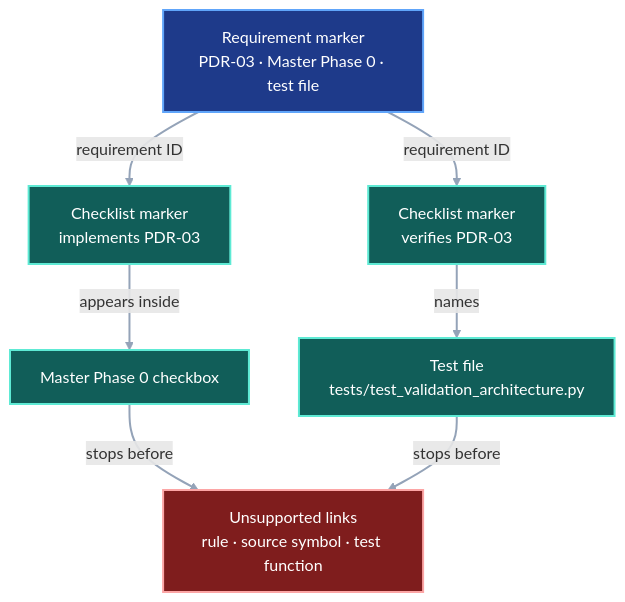
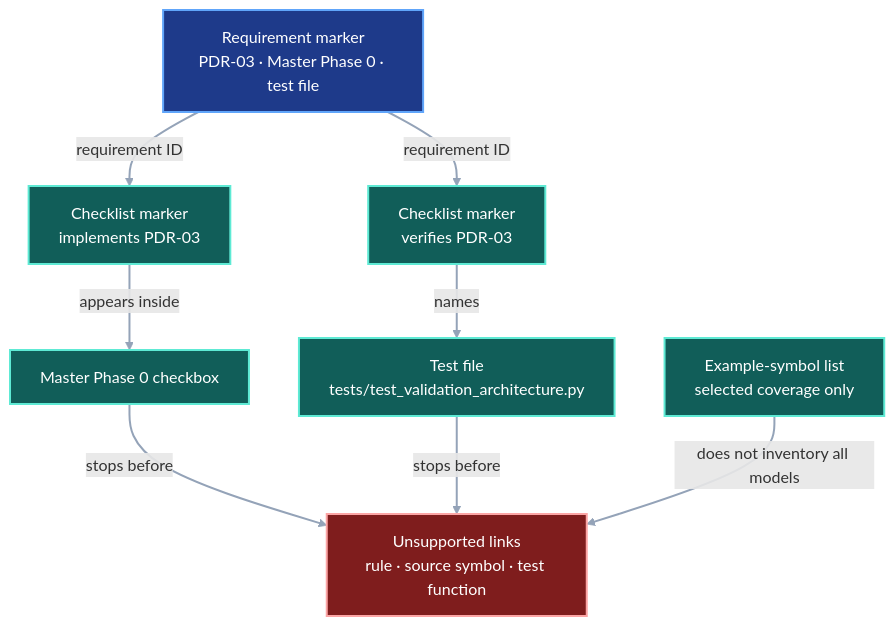
Before and after one commit to pvd232/viper: the first of 3 diagrams in docs/development/contract-traceability.md, drawn with Mermaid. The commit also changed other lines of this file and 21 other files, not shown here.

````diff
--- a/docs/development/contract-traceability.md
+++ b/docs/development/contract-traceability.md
@@ -92,24 +99,26 @@
 ```mermaid
 flowchart TD
     Requirement["Requirement marker<br/>PDR-03 · Master Phase 0 · test file"]
     Implements["Checklist marker<br/>implements PDR-03"]
     Verifies["Checklist marker<br/>verifies PDR-03"]
     Phase["Master Phase 0 checkbox"]
     TestFile["Test file<br/>tests/test_validation_architecture.py"]
     Missing["Unsupported links<br/>rule · source symbol · test function"]
+    Symbols["Example-symbol list<br/>selected coverage only"]
 
     Requirement -->|"requirement ID"| Implements
     Requirement -->|"requirement ID"| Verifies
     Implements -->|"appears inside"| Phase
     Verifies -->|"names"| TestFile
     Phase -->|"stops before"| Missing
     TestFile -->|"stops before"| Missing
+    Symbols -->|"does not inventory all models"| Missing
 
     class Requirement current
-    class Implements,Verifies,Phase,TestFile evidence
+    class Implements,Verifies,Phase,TestFile,Symbols evidence
     class Missing gap
     classDef current fill:#1e3a8a,stroke:#60a5fa,color:#ffffff,stroke-width:2px
     classDef evidence fill:#115e59,stroke:#5eead4,color:#ffffff,stroke-width:2px
     classDef gap fill:#7f1d1d,stroke:#fca5a5,color:#ffffff,stroke-width:2px
     linkStyle default stroke:#94a3b8,stroke-width:2px
 ```
````
